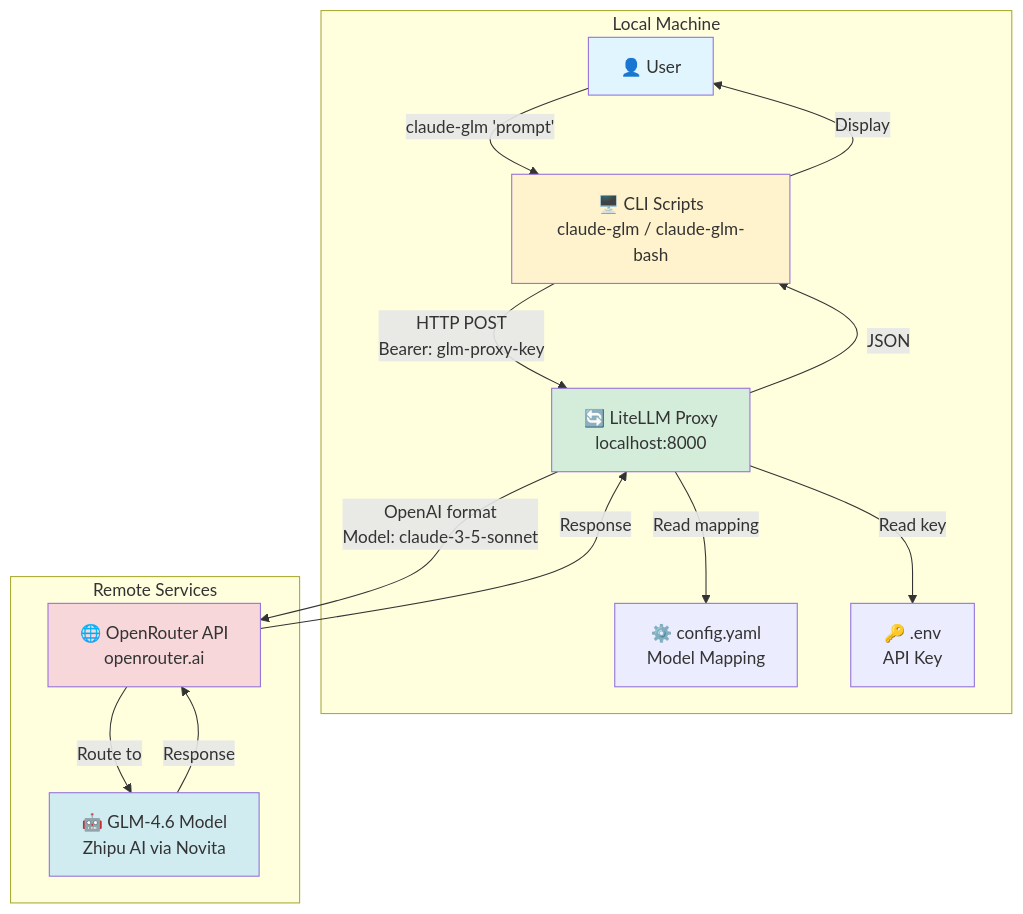
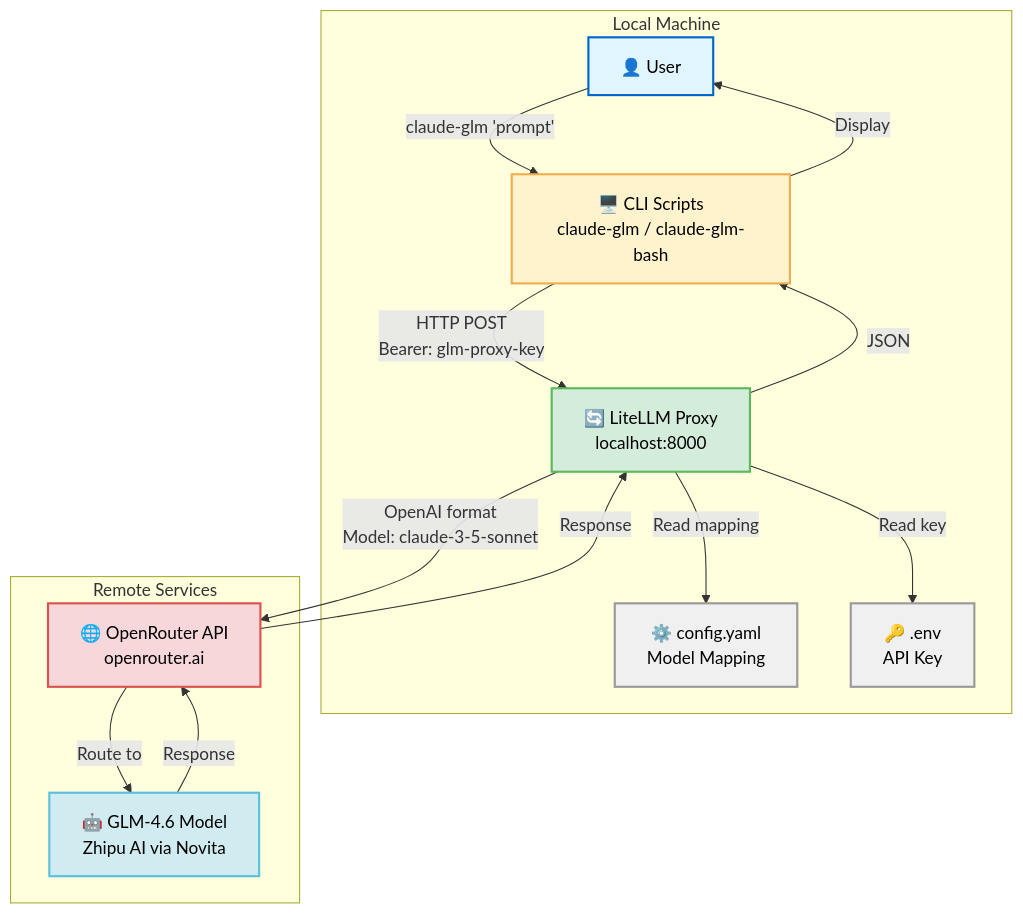
One commit to arkaigrowth/glm-proxy changed the first of 4 diagrams in README.md. Above: the diagram before and after it, drawn with Mermaid. The commit also changed other lines of this file, not shown here.

First line of the commit message:
Fix diagram readability issues

````diff
--- a/README.md
+++ b/README.md
@@ -45,32 +45,34 @@
 ```mermaid
 graph TB
     subgraph "Local Machine"
         User[👤 User]
         CLI[🖥️ CLI Scripts<br/>claude-glm / claude-glm-bash]
         Proxy[🔄 LiteLLM Proxy<br/>localhost:8000]
         Config[⚙️ config.yaml<br/>Model Mapping]
         Env[🔑 .env<br/>API Key]
     end
 
     subgraph "Remote Services"
         OR[🌐 OpenRouter API<br/>openrouter.ai]
         GLM[🤖 GLM-4.6 Model<br/>Zhipu AI via Novita]
     end
 
     User -->|"claude-glm 'prompt'"| CLI
     CLI -->|HTTP POST<br/>Bearer: glm-proxy-key| Proxy
     Proxy -->|Read mapping| Config
     Proxy -->|Read key| Env
     Proxy -->|OpenAI format<br/>Model: claude-3-5-sonnet| OR
     OR -->|Route to| GLM
     GLM -->|Response| OR
     OR -->|Response| Proxy
     Proxy -->|JSON| CLI
     CLI -->|Display| User
 
-    style User fill:#e1f5ff
-    style CLI fill:#fff3cd
-    style Proxy fill:#d4edda
-    style OR fill:#f8d7da
-    style GLM fill:#d1ecf1
+    style User fill:#e1f5ff,stroke:#0066cc,stroke-width:2px,color:#000
+    style CLI fill:#fff3cd,stroke:#f0ad4e,stroke-width:2px,color:#000
+    style Proxy fill:#d4edda,stroke:#5cb85c,stroke-width:2px,color:#000
+    style Config fill:#f0f0f0,stroke:#999,stroke-width:2px,color:#000
+    style Env fill:#f0f0f0,stroke:#999,stroke-width:2px,color:#000
+    style OR fill:#f8d7da,stroke:#d9534f,stroke-width:2px,color:#000
+    style GLM fill:#d1ecf1,stroke:#5bc0de,stroke-width:2px,color:#000
 ```
````
